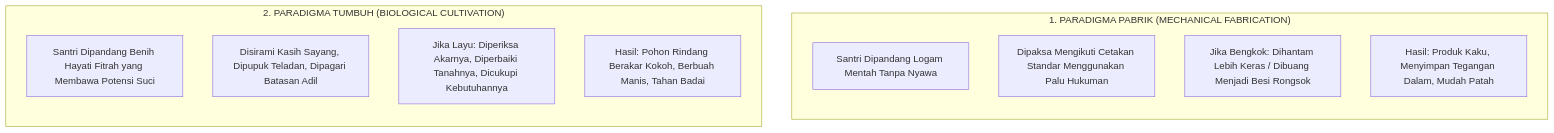
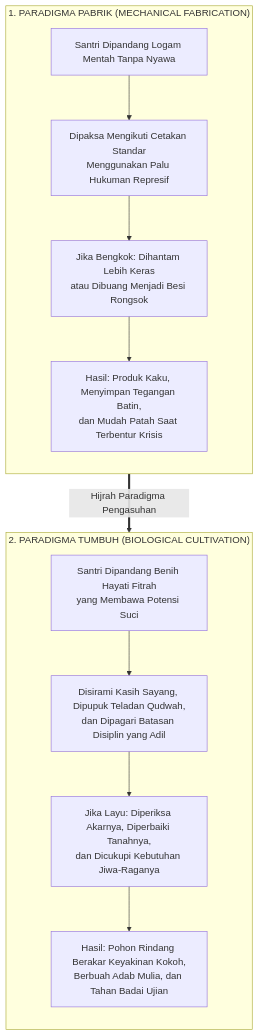
One commit to wandiapriliyandi/tumbuh changed the fourth of 5 diagrams in BOOK Series 1/01-The-Fundamental-of-TUMBUH/Bab-01-Menatap-Krisis-Menegakkan-Orientasi.md. Above: the diagram before and after it, drawn with Mermaid. The commit also changed other lines of this file and 35 other files, not shown here.

Commit message:
fix(book-01): optimasi keterbacaan diagram mermaid pada seluruh bab dan perbarui 20 file PDF

````diff
--- a/BOOK Series 1/01-The-Fundamental-of-TUMBUH/Bab-01-Menatap-Krisis-Menegakkan-Orientasi.md
+++ b/BOOK Series 1/01-The-Fundamental-of-TUMBUH/Bab-01-Menatap-Krisis-Menegakkan-Orientasi.md
@@ -193,18 +193,22 @@
 ```mermaid
 graph TD
     subgraph PARADIGMA_PABRIK["1. PARADIGMA PABRIK (MECHANICAL FABRICATION)"]
         direction TB
         P1["Santri Dipandang Logam Mentah Tanpa Nyawa"]
-        P2["Dipaksa Mengikuti Cetakan Standar Menggunakan Palu Hukuman"]
-        P3["Jika Bengkok: Dihantam Lebih Keras / Dibuang Menjadi Besi Rongsok"]
-        P4["Hasil: Produk Kaku, Menyimpan Tegangan Dalam, Mudah Patah"]
+        P2["Dipaksa Mengikuti Cetakan Standar<br/>Menggunakan Palu Hukuman Represif"]
+        P3["Jika Bengkok: Dihantam Lebih Keras<br/>atau Dibuang Menjadi Besi Rongsok"]
+        P4["Hasil: Produk Kaku, Menyimpan Tegangan Batin,<br/>dan Mudah Patah Saat Terbentur Krisis"]
+        P1 --> P2 --> P3 --> P4
     end
 
     subgraph PARADIGMA_TUMBUH["2. PARADIGMA TUMBUH (BIOLOGICAL CULTIVATION)"]
         direction TB
-        T1["Santri Dipandang Benih Hayati Fitrah yang Membawa Potensi Suci"]
-        T2["Disirami Kasih Sayang, Dipupuk Teladan, Dipagari Batasan Adil"]
-        T3["Jika Layu: Diperiksa Akarnya, Diperbaiki Tanahnya, Dicukupi Kebutuhannya"]
-        T4["Hasil: Pohon Rindang Berakar Kokoh, Berbuah Manis, Tahan Badai"]
+        T1["Santri Dipandang Benih Hayati Fitrah<br/>yang Membawa Potensi Suci"]
+        T2["Disirami Kasih Sayang, Dipupuk Teladan Qudwah,<br/>dan Dipagari Batasan Disiplin yang Adil"]
+        T3["Jika Layu: Diperiksa Akarnya, Diperbaiki Tanahnya,<br/>dan Dicukupi Kebutuhan Jiwa-Raganya"]
+        T4["Hasil: Pohon Rindang Berakar Keyakinan Kokoh,<br/>Berbuah Adab Mulia, dan Tahan Badai Ujian"]
+        T1 --> T2 --> T3 --> T4
     end
+
+    PARADIGMA_PABRIK ==>|Hijrah Paradigma Pengasuhan| PARADIGMA_TUMBUH
 ```
````
